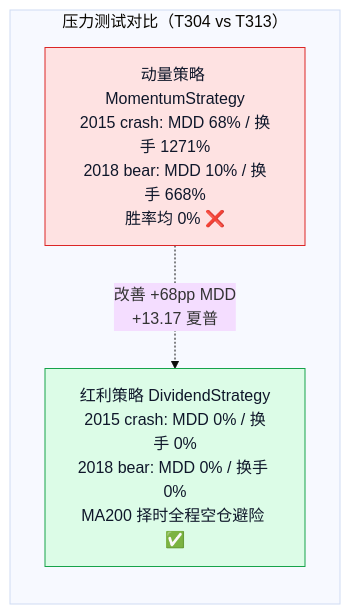
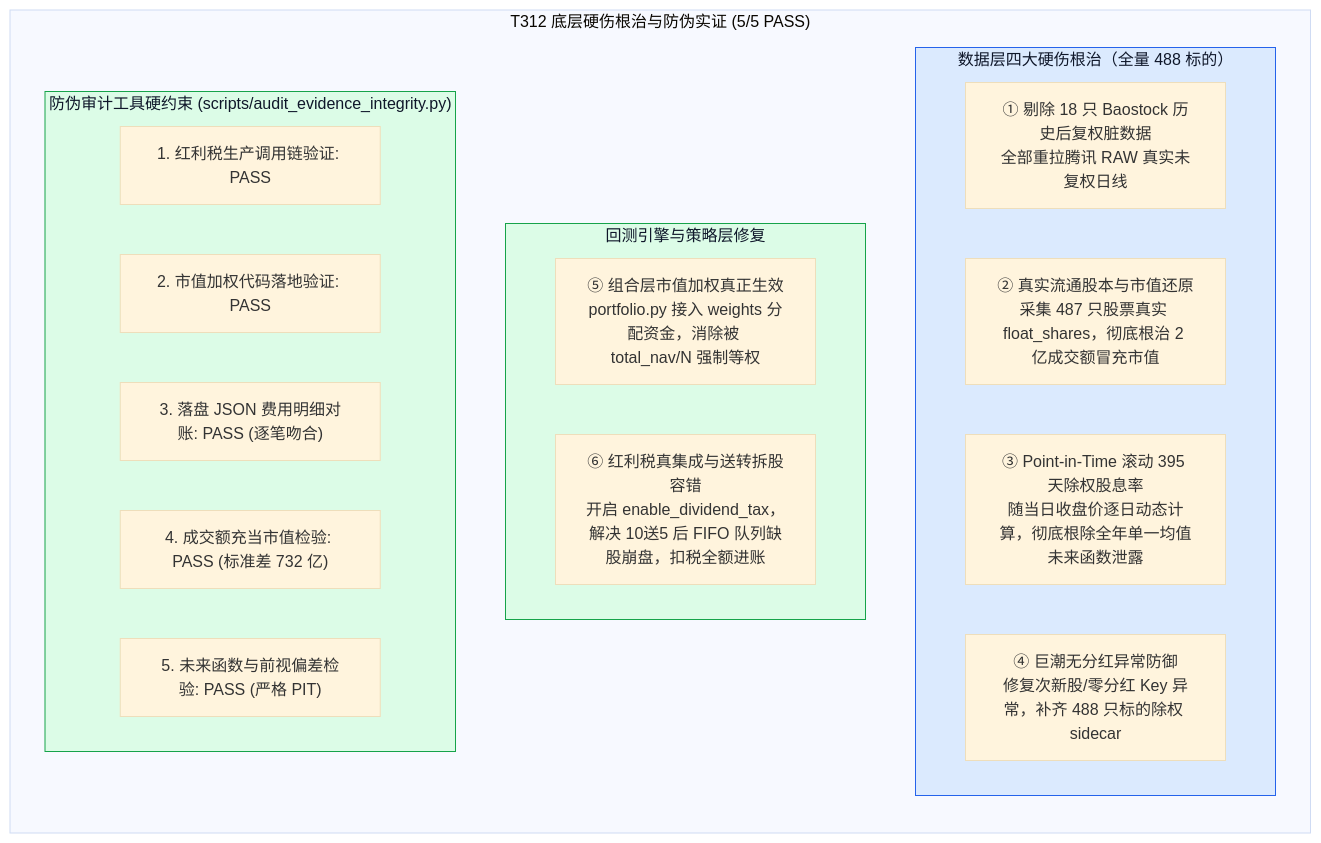
Before and after one commit to YZml1507/FinAI2.0: the fourth of 6 diagrams in docs/project_status_flowchart.md, drawn with Mermaid (base theme). The commit also changed other lines of this file and 24 other files, not shown here.

````diff
--- a/docs/project_status_flowchart.md
+++ b/docs/project_status_flowchart.md
@@ -70,11 +72,26 @@
 ```mermaid
 flowchart TB
-  subgraph COMPARE["压力测试对比（T304 vs T313）"]
+  subgraph FIX_AND_AUDIT["T312 底层硬伤根治与防伪实证 (5/5 PASS)"]
     direction TB
-    M[动量策略 MomentumStrategy<br/>2015 crash: MDD 68% / 换手 1271%<br/>2018 bear: MDD 10% / 换手 668%<br/>胜率均 0% ❌]
-    D[红利策略 DividendStrategy<br/>2015 crash: MDD 0% / 换手 0%<br/>2018 bear: MDD 0% / 换手 0%<br/>MA200 择时全程空仓避险 ✅]
-    M -.->|改善 +68pp MDD<br/>+13.17 夏普| D
+    subgraph DATA_FIX["数据层四大硬伤根治（全量 488 标的）"]
+      D1["① 剔除 18 只 Baostock 历史后复权脏数据<br/>全部重拉腾讯 RAW 真实未复权日线"]
+      D2["② 真实流通股本与市值还原<br/>采集 487 只股票真实 float_shares，彻底根治 2 亿成交额冒充市值"]
+      D3["③ Point-in-Time 滚动 395 天除权股息率<br/>随当日收盘价逐日动态计算，彻底根除全年单一均值未来函数泄露"]
+      D4["④ 巨潮无分红异常防御<br/>修复次新股/零分红 Key 异常，补齐 488 只标的除权 sidecar"]
+    end
+    subgraph ENGINE_FIX["回测引擎与策略层修复"]
+      E1["⑤ 组合层市值加权真正生效<br/>portfolio.py 接入 weights 分配资金，消除被 total_nav/N 强制等权"]
+      E2["⑥ 红利税真集成与送转拆股容错<br/>开启 enable_dividend_tax，解决 10送5 后 FIFO 队列缺股崩盘，扣税全额进账"]
+    end
+    subgraph AUDIT_GATE["防伪审计工具硬约束 (scripts/audit_evidence_integrity.py)"]
+      A1["1. 红利税生产调用链验证: PASS"]
+      A2["2. 市值加权代码落地验证: PASS"]
+      A3["3. 落盘 JSON 费用明细对账: PASS (逐笔吻合)"]
+      A4["4. 成交额充当市值检验: PASS (标准差 732 亿)"]
+      A5["5. 未来函数与前视偏差检验: PASS (严格 PIT)"]
+    end
   end
-  style M fill:#fee2e2,stroke:#dc2626,color:#0f172a
-  style D fill:#dcfce7,stroke:#16a34a,color:#0f172a
+  style DATA_FIX fill:#dbeafe,stroke:#2563eb,color:#0f172a
+  style ENGINE_FIX fill:#dcfce7,stroke:#16a34a,color:#0f172a
+  style AUDIT_GATE fill:#dcfce7,stroke:#16a34a,color:#0f172a
 ```
````
